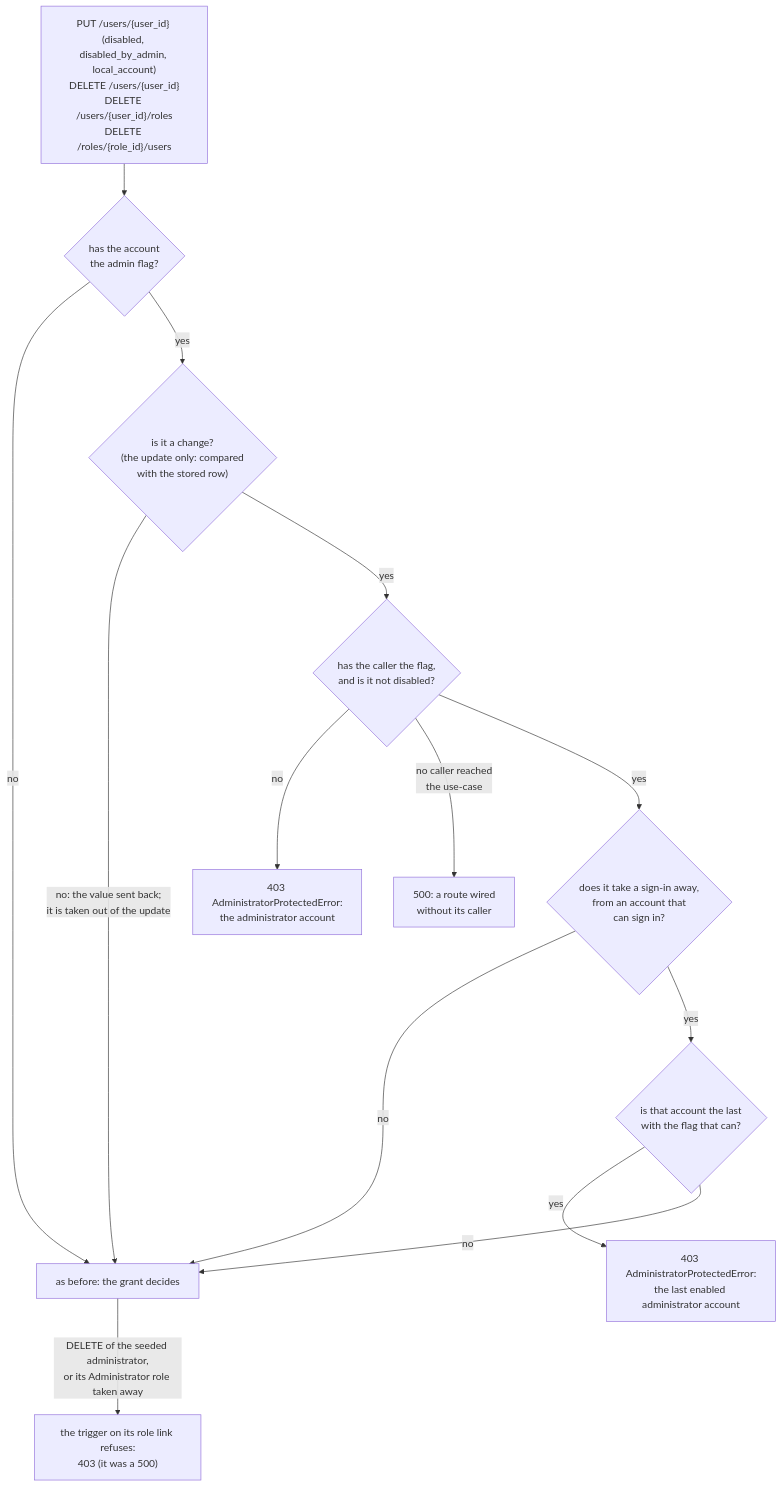
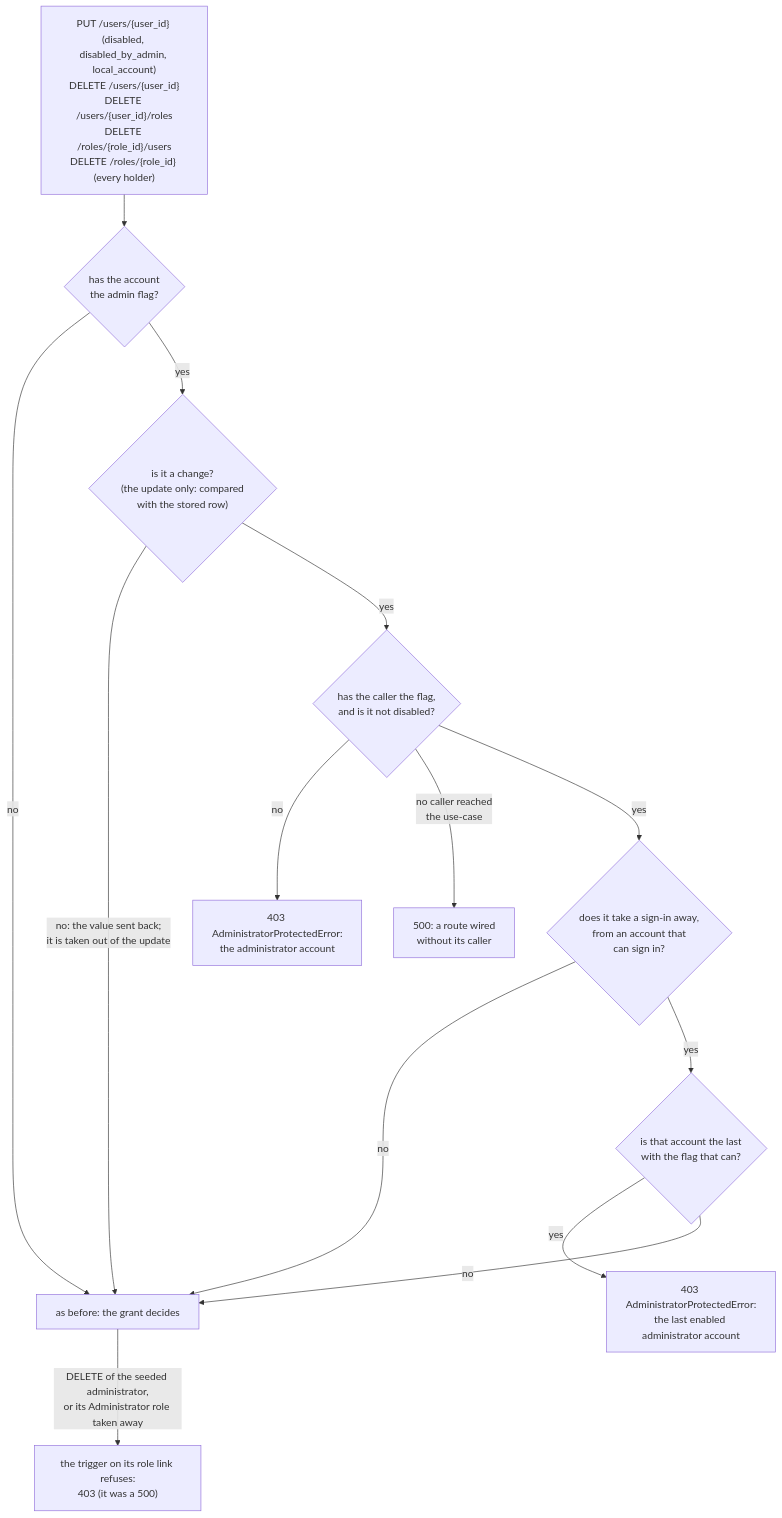
One commit to p2p-b2b/go-rest-api-service-template changed the seventh of 9 diagrams in docs/architecture/security.md. Above: the diagram before and after it, drawn with Mermaid. The commit also changed other lines of this file and 17 other files, not shown here.

First line of the commit message:
fix(roles): a role an administrator account holds is not deleted by another account (#143)

````diff
--- a/docs/architecture/security.md
+++ b/docs/architecture/security.md
@@ -401,16 +401,16 @@
 ```mermaid
 flowchart TD
-    R["PUT /users/{user_id} (disabled, disabled_by_admin, local_account)<br/>DELETE /users/{user_id}<br/>DELETE /users/{user_id}/roles<br/>DELETE /roles/{role_id}/users"] --> T{"has the account<br/>the admin flag?"}
+    R["PUT /users/{user_id} (disabled, disabled_by_admin, local_account)<br/>DELETE /users/{user_id}<br/>DELETE /users/{user_id}/roles<br/>DELETE /roles/{role_id}/users<br/>DELETE /roles/{role_id} (every holder)"] --> T{"has the account<br/>the admin flag?"}
     T -- no --> X["as before: the grant decides"]
     T -- yes --> C{"is it a change?<br/>(the update only: compared<br/>with the stored row)"}
     C -- "no: the value sent back;<br/>it is taken out of the update" --> X
     C -- yes --> A{"has the caller the flag,<br/>and is it not disabled?"}
     A -- no --> F["403 AdministratorProtectedError:<br/>the administrator account"]
     A -- "no caller reached<br/>the use-case" --> W["500: a route wired<br/>without its caller"]
     A -- yes --> S{"does it take a sign-in away,<br/>from an account that<br/>can sign in?"}
     S -- no --> X
     S -- yes --> L{"is that account the last<br/>with the flag that can?"}
     L -- yes --> F2["403 AdministratorProtectedError:<br/>the last enabled administrator account"]
     L -- no --> X
     X -- "DELETE of the seeded administrator,<br/>or its Administrator role taken away" --> TR["the trigger on its role link refuses:<br/>403 (it was a 500)"]
 ```
````
